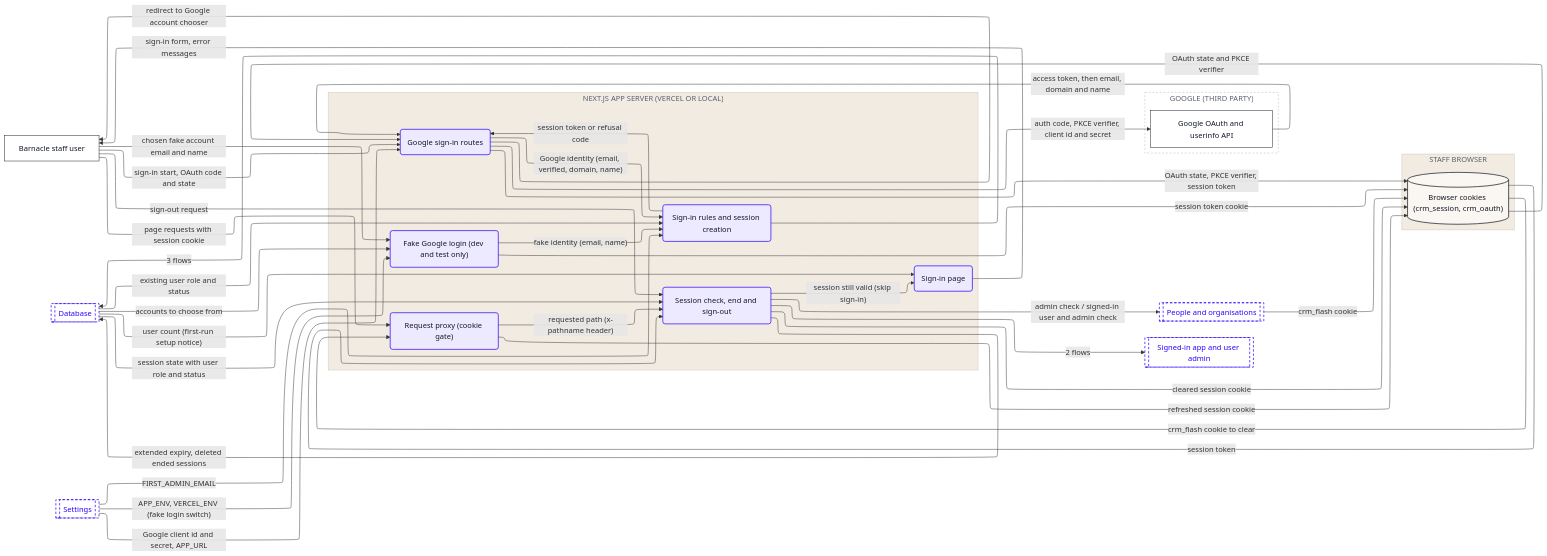
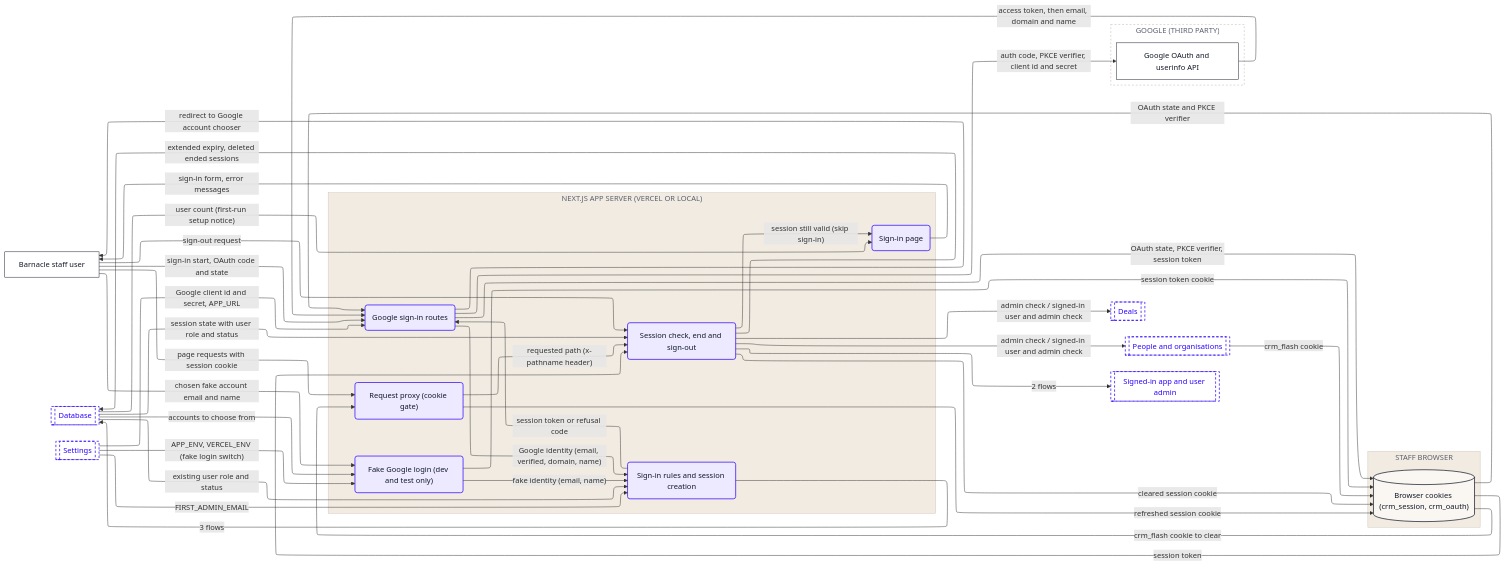
The eighth of 9 diagrams in dataflow/DATAFLOW.md (Romain-Perche/Barnacle-Pipe), drawn with Mermaid before and after one commit. The commit also changed other lines of this file and 12 other files, not shown here.

````diff
--- a/dataflow/DATAFLOW.md
+++ b/dataflow/DATAFLOW.md
@@ -300,71 +361,73 @@
 ```mermaid
 ---
 config:
   layout: elk
 ---
 flowchart LR
     n1["Barnacle staff user"]
     subgraph z1["NEXT.JS APP SERVER (VERCEL OR LOCAL)"]
         n2("Sign-in rules and session creation")
         n3("Fake Google login (dev and test only)")
         n4("Google sign-in routes")
         n5("Request proxy (cookie gate)")
         n6("Session check, end and sign-out")
         n7("Sign-in page")
     end
     subgraph z2["STAFF BROWSER"]
         n8[("Browser cookies (crm_session, crm_oauth)")]
     end
     subgraph z3["GOOGLE (THIRD PARTY)"]
         n9["Google OAuth and userinfo API"]
     end
     n10[["Database"]]
-    n11[["People and organisations"]]
-    n12[["Settings"]]
-    n13[["Signed-in app and user admin"]]
+    n11[["Deals"]]
+    n12[["People and organisations"]]
+    n13[["Settings"]]
+    n14[["Signed-in app and user admin"]]
     n8 -->|"OAuth state and PKCE verifier"| n4
     n8 -->|"crm_flash cookie to clear"| n5
     n8 -->|"session token"| n6
     n2 -->|"session token or refusal code"| n4
     n2 -->|"3 flows"| n10
-    n12 -->|"FIRST_ADMIN_EMAIL"| n2
-    n12 -->|"APP_ENV, VERCEL_ENV (fake login switch)"| n3
-    n12 -->|"Google client id and secret, APP_URL"| n4
+    n13 -->|"FIRST_ADMIN_EMAIL"| n2
+    n13 -->|"APP_ENV, VERCEL_ENV (fake login switch)"| n3
+    n13 -->|"Google client id and secret, APP_URL"| n4
     n3 -->|"session token cookie"| n8
     n3 -->|"fake identity (email, name)"| n2
     n4 -->|"OAuth state, PKCE verifier, session token"| n8
     n4 -->|"Google identity (email, verified, domain, name)"| n2
     n4 -->|"auth code, PKCE verifier, client id and secret"| n9
     n4 -->|"redirect to Google account chooser"| n1
     n9 -->|"access token, then email, domain and name"| n4
     n5 -->|"refreshed session cookie"| n8
     n5 -->|"requested path (x-pathname header)"| n6
-    n11 -->|"crm_flash cookie"| n8
-    n6 -->|"2 flows"| n13
+    n12 -->|"crm_flash cookie"| n8
+    n6 -->|"2 flows"| n14
     n6 -->|"cleared session cookie"| n8
+    n6 -->|"admin check / signed-in user and admin check"| n12
     n6 -->|"admin check / signed-in user and admin check"| n11
     n6 -->|"extended expiry, deleted ended sessions"| n10
     n6 -->|"session still valid (skip sign-in)"| n7
     n10 -->|"session state with user role and status"| n6
     n7 -->|"sign-in form, error messages"| n1
     n1 -->|"chosen fake account email and name"| n3
     n1 -->|"sign-in start, OAuth code and state"| n4
     n1 -->|"page requests with session cookie"| n5
     n1 -->|"sign-out request"| n6
     n10 -->|"existing user role and status"| n2
     n10 -->|"accounts to choose from"| n3
     n10 -->|"user count (first-run setup notice)"| n7
     classDef actor fill:#FFFFFF,stroke:#111827,stroke-width:1px,color:#111827
     classDef process fill:#EDEAFF,stroke:#2B00FF,stroke-width:1.5px,color:#111827
     classDef store fill:#FAF6F1,stroke:#111827,stroke-width:1.5px,color:#111827
     classDef zone fill:#1A1A1A,stroke:#1A1A1A,color:#FFFFFF
     classDef group fill:#2B00FF,stroke:#2B00FF,color:#FFFFFF
     classDef stub fill:#FFFFFF,stroke:#2B00FF,stroke-width:1.5px,stroke-dasharray:5 4,color:#2B00FF
     class n1,n9 actor
     class n2,n3,n4,n5,n6,n7 process
     class n8 store
-    class n10,n11,n12,n13 stub
+    class n10,n11,n12,n13,n14 stub
     style z1 fill:#F1EBE2,stroke:#CFC7BB,color:#5D6270
     style z2 fill:#F1EBE2,stroke:#CFC7BB,color:#5D6270
     style z3 fill:#FFFFFF,stroke:#B9B2A8,stroke-dasharray:4 4,color:#5D6270
 ```
````
